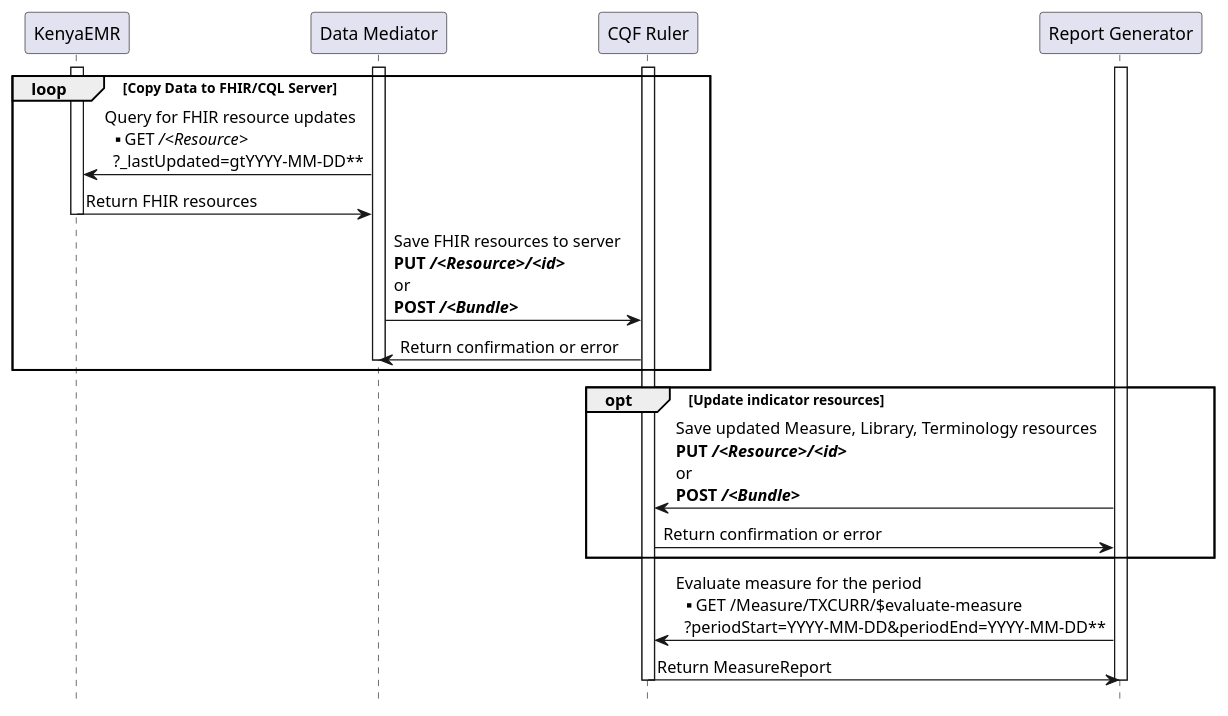
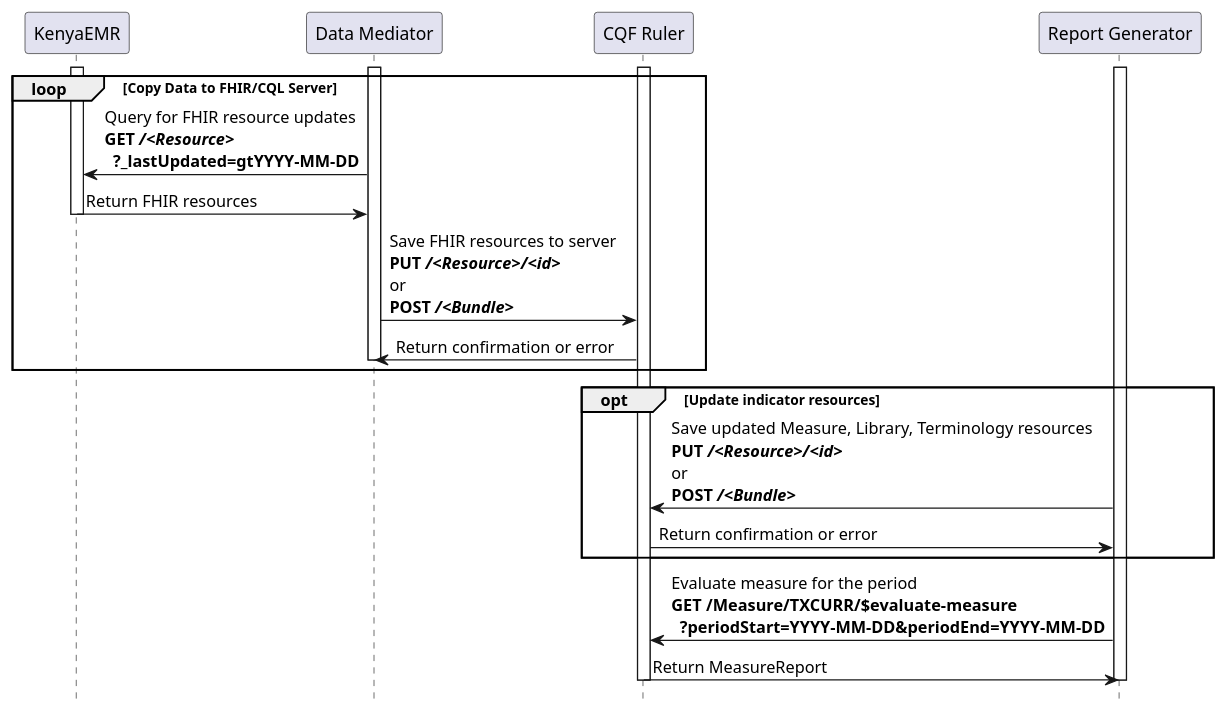
Before and after one commit to PATH-Global-Health/MERindicators: the diagram in input/images-source/simple-workflow.plantuml, drawn with PlantUML. The commit also changed 2 other files, not shown here.

Commit message:
Fixed formatting error in plantuml files over linefeed.

```diff
--- a/input/images-source/simple-workflow.plantuml
+++ b/input/images-source/simple-workflow.plantuml
@@ -1,32 +1,32 @@
 @startuml
 skinparam svgDimensionStyle false
 hide footbox
 participant "KenyaEMR" as EMR
 participant "Data Mediator" as Data
 participant "CQF Ruler" as CQL
 participant "Report Generator" as Report 
 
 activate CQL
 loop Copy Data to FHIR/CQL Server
   activate Data
   activate EMR
-  Data -> EMR: Query for FHIR resource updates\n**GET ///<Resource>//\n  ?_lastUpdated=gtYYYY-MM-DD**
+  Data -> EMR: Query for FHIR resource updates\n**GET ///<Resource>//**\n  **?_lastUpdated=gtYYYY-MM-DD**
   EMR -> Data: Return FHIR resources
   deactivate EMR
   Data -> CQL: Save FHIR resources to server\n**PUT ///<Resource>/////<id>//**\nor\n**POST ///<Bundle>//**
   CQL -> Data: Return confirmation or error
   deactivate Data
 end
 
 activate Report
 opt Update indicator resources
   Report -> CQL: Save updated Measure, Library, Terminology resources\n**PUT ///<Resource>/////<id>//**\nor\n**POST ///<Bundle>//**
   CQL -> Report: Return confirmation or error
 end
 
-Report -> CQL: Evaluate measure for the period\n**GET /Measure/TXCURR/$evaluate-measure\n  ?periodStart=YYYY-MM-DD&periodEnd=YYYY-MM-DD**
+Report -> CQL: Evaluate measure for the period\n**GET /Measure/TXCURR/$evaluate-measure**\n  **?periodStart=YYYY-MM-DD&periodEnd=YYYY-MM-DD**
 CQL -> Report: Return MeasureReport
 deactivate Report
 deactivate CQL
 
 @enduml
```
